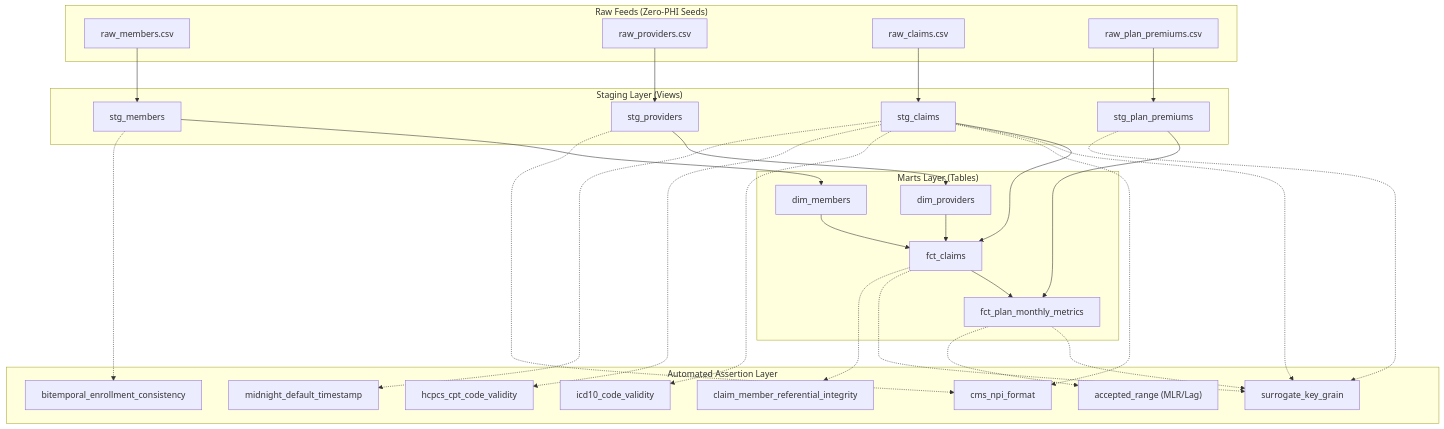
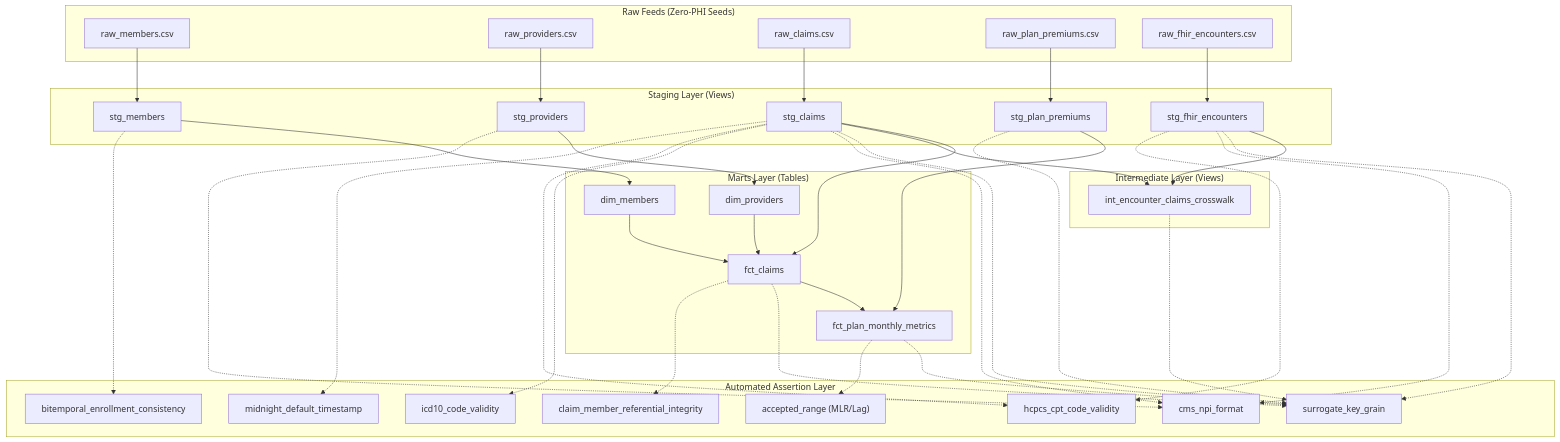
One commit to apratsunrthd/refhealth-starter-dbt-project changed the diagram in ARCHITECTURE.md. Above: the diagram before and after it, drawn with Mermaid. The commit also changed 10 other files, not shown here.

Commit message:
feat: add synthetic FHIR encounter-to-claims transformation bridge (v1.2.0) (#2)

````diff
--- a/ARCHITECTURE.md
+++ b/ARCHITECTURE.md
@@ -18,49 +18,59 @@
 ```mermaid
 flowchart TD
     subgraph Sources["Raw Feeds (Zero-PHI Seeds)"]
         M[raw_members.csv]
         P[raw_providers.csv]
         C[raw_claims.csv]
         PR[raw_plan_premiums.csv]
+        FE[raw_fhir_encounters.csv]
     end
 
     subgraph Staging["Staging Layer (Views)"]
         SM[stg_members]
         SP[stg_providers]
         SC[stg_claims]
         SPR[stg_plan_premiums]
+        SFE[stg_fhir_encounters]
+    end
+
+    subgraph Intermediate["Intermediate Layer (Views)"]
+        IECX[int_encounter_claims_crosswalk]
     end
 
     subgraph Marts["Marts Layer (Tables)"]
         DM[dim_members]
         DP[dim_providers]
         FC[fct_claims]
         FPM[fct_plan_monthly_metrics]
     end
 
     subgraph Tests["Automated Assertion Layer"]
         T1["surrogate_key_grain"]
         T2["bitemporal_enrollment_consistency"]
         T3["cms_npi_format"]
         T4["icd10_code_validity"]
         T5["hcpcs_cpt_code_validity"]
         T6["midnight_default_timestamp"]
         T7["claim_member_referential_integrity"]
         T8["accepted_range (MLR/Lag)"]
     end
 
     M --> SM --> DM
     P --> SP --> DP
     C --> SC --> FC
     PR --> SPR --> FPM
+    FE --> SFE --> IECX
+    SC --> IECX
     DM --> FC
     DP --> FC
     FC --> FPM
 
     SM -.-> T2
     SP -.-> T3
     SC -.-> T1 & T3 & T4 & T5 & T6
     SPR -.-> T1
+    SFE -.-> T1 & T3 & T5
+    IECX -.-> T1
     FC -.-> T1 & T7
     FPM -.-> T1 & T8
 ```
````
